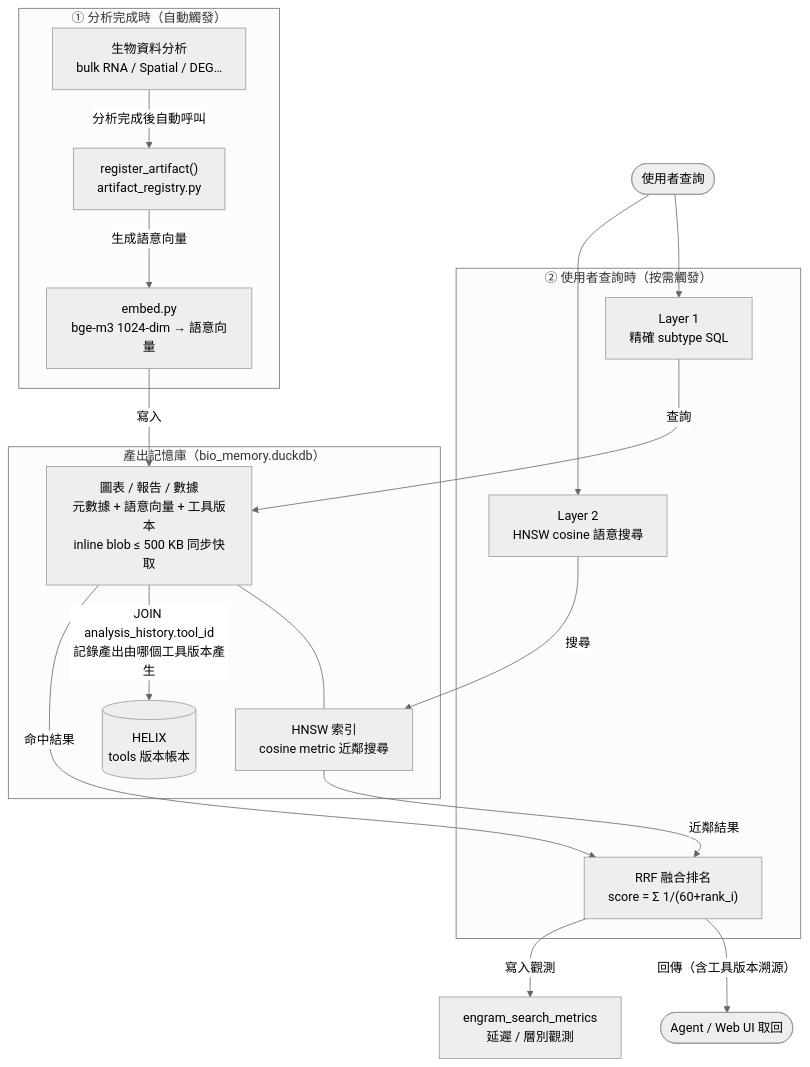
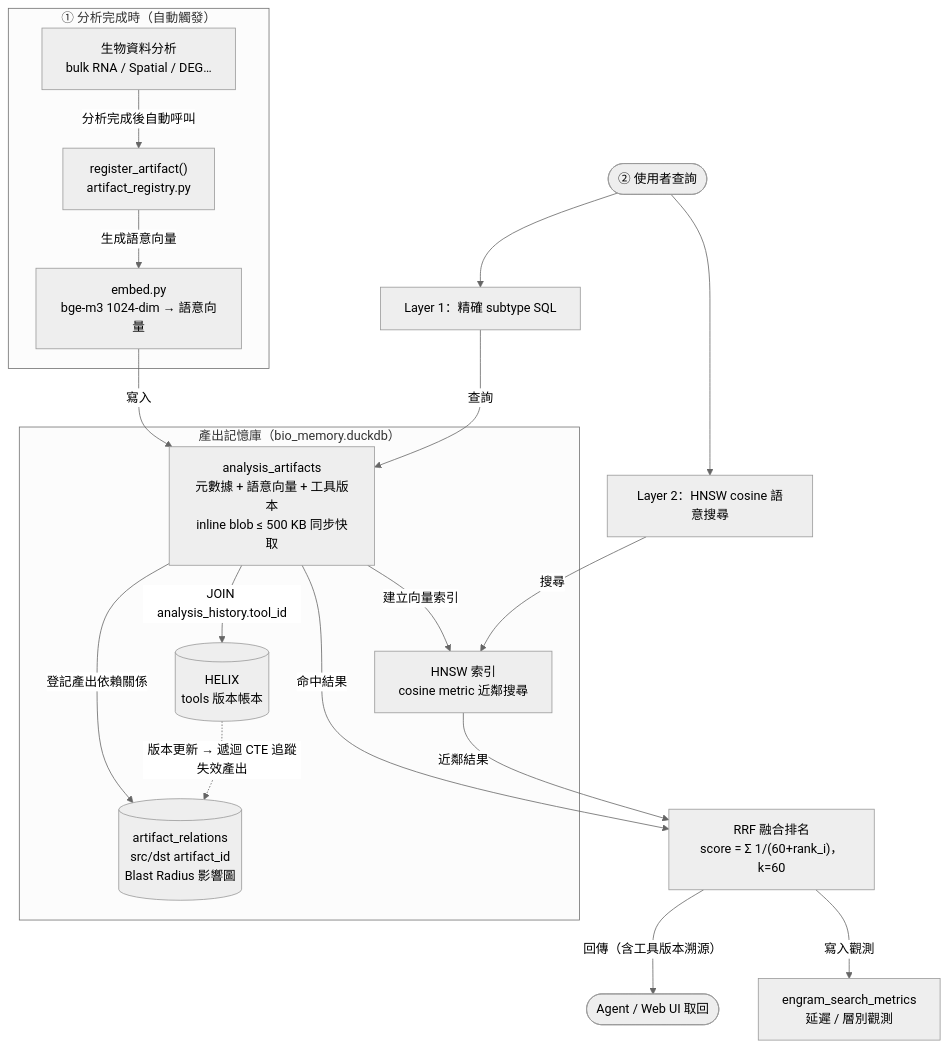
One commit to ddmanyes/Evo_PRISM changed diagram 16 of 17 in docs/plans/plan_zh.md. Above: the diagram before and after it, drawn with Mermaid (neutral theme). The commit also changed other lines of this file and 103 other files, not shown here.

First line of the commit message:
feat(helix,engram,paper): complete Phase 13 EvolveMem integration & polish GigaScience paper draft

````diff
--- a/docs/plans/plan_zh.md
+++ b/docs/plans/plan_zh.md
@@ -1984,39 +2235,33 @@
 ```mermaid
 graph TD
 subgraph WRITE["① 分析完成時（自動觸發）"]
 analysis["生物資料分析<br/>bulk RNA / Spatial / DEG…"]
 reg["register_artifact()<br/>artifact_registry.py"]
 embed_fn["embed.py<br/>bge-m3 1024-dim → 語意向量"]
 
 analysis -->|"分析完成後自動呼叫"| reg
 reg -->|"生成語意向量"| embed_fn
 end
 
 subgraph STORE["產出記憶庫（bio_memory.duckdb）"]
-mem["圖表 / 報告 / 數據<br/>元數據 + 語意向量 + 工具版本<br/>inline blob ≤ 500 KB 同步快取"]
+mem["analysis_artifacts<br/>元數據 + 語意向量 + 工具版本<br/>inline blob ≤ 500 KB 同步快取"]
 hnsw["HNSW 索引<br/>cosine metric 近鄰搜尋"]
+artifact_rel[("artifact_relations<br/>src/dst artifact_id<br/>Blast Radius 影響圖")]
 helix[("HELIX<br/>tools 版本帳本")]
 
-mem --- hnsw
-mem -->|"JOIN analysis_history.tool_id<br/>記錄產出由哪個工具版本產生"| helix
-end
-
-subgraph SEARCH["② 使用者查詢時（按需觸發）"]
-l1["Layer 1<br/>精確 subtype SQL"]
-l2["Layer 2<br/>HNSW cosine 語意搜尋"]
-rrf["RRF 融合排名<br/>score = Σ 1/(60+rank_i)"]
+mem -->|"建立向量索引"| hnsw
+mem -->|"登記產出依賴關係"| artifact_rel
+mem -->|"JOIN analysis_history.tool_id"| helix
+helix -.->|"版本更新 → 遞迴 CTE 追蹤失效產出"| artifact_rel
 end
 
 embed_fn -->|"寫入"| mem
 
-query(["使用者查詢"]) --> l1
-query --> l2
-l1 -->|"查詢"| mem
-l2 -->|"搜尋"| hnsw
-mem -->|"命中結果"| rrf
+query(["② 使用者查詢"]) --> l1 & l2
+l1["Layer 1：精確 subtype SQL"] -->|"查詢"| mem
+l2["Layer 2：HNSW cosine 語意搜尋"] -->|"搜尋"| hnsw
+mem -->|"命中結果"| rrf["RRF 融合排名<br/>score = Σ 1/(60+rank_i)，k=60"]
 hnsw -->|"近鄰結果"| rrf
 rrf -->|"回傳（含工具版本溯源）"| result(["Agent / Web UI 取回"])
-
-sm["engram_search_metrics<br/>延遲 / 層別觀測"]
-rrf -->|"寫入觀測"| sm
+rrf -->|"寫入觀測"| sm["engram_search_metrics<br/>延遲 / 層別觀測"]
 ```
````
